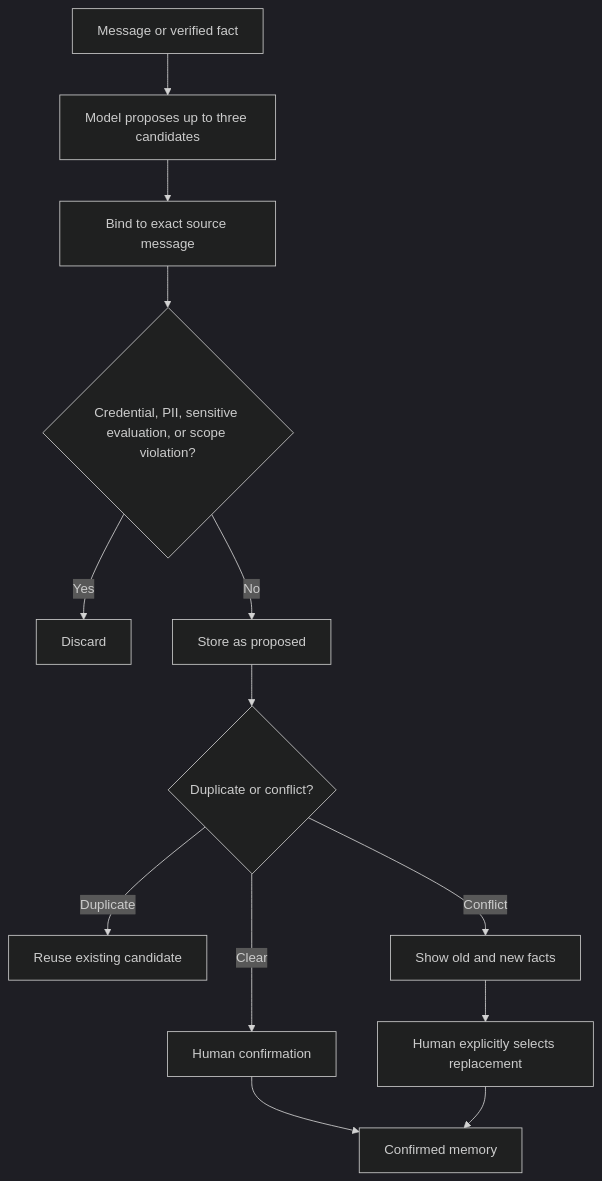
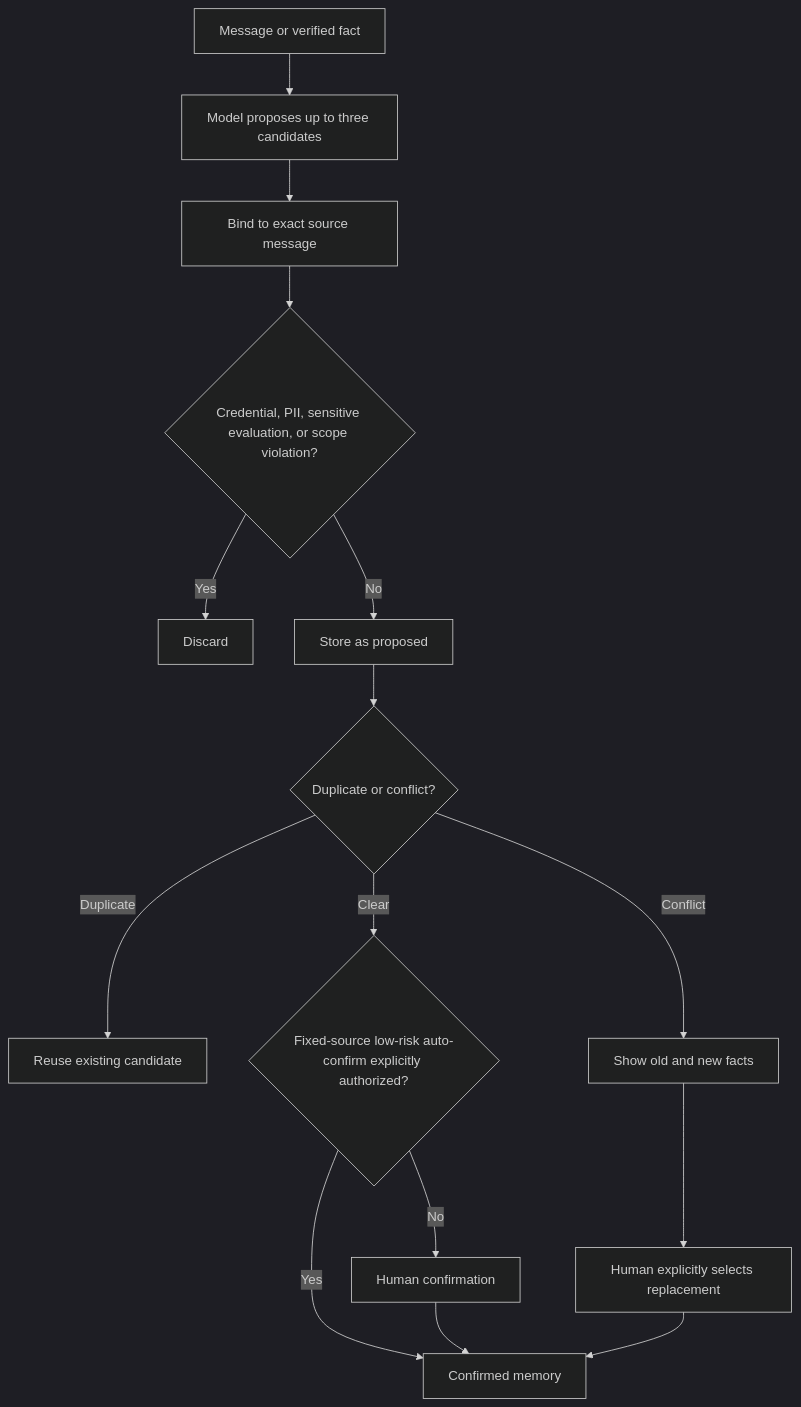
Before and after one commit to ruiwang20010702/ai-employee: the second of 2 diagrams in docs/en/capabilities.md, drawn with Mermaid (dark theme). The commit also changed other lines of this file and 43 other files, not shown here.

````diff
--- a/docs/en/capabilities.md
+++ b/docs/en/capabilities.md
@@ -63,15 +63,17 @@
 ```mermaid
 flowchart TD
     A["Message or verified fact"] --> B["Model proposes up to three candidates"]
     B --> C["Bind to exact source message"]
     C --> D{"Credential, PII, sensitive evaluation, or scope violation?"}
     D -->|"Yes"| E["Discard"]
     D -->|"No"| F["Store as proposed"]
     F --> G{"Duplicate or conflict?"}
     G -->|"Duplicate"| H["Reuse existing candidate"]
     G -->|"Conflict"| I["Show old and new facts"]
-    G -->|"Clear"| J["Human confirmation"]
+    G -->|"Clear"| J{"Fixed-source low-risk auto-confirm explicitly authorized?"}
+    J -->|"No"| M["Human confirmation"]
+    J -->|"Yes"| L["Confirmed memory"]
     I --> K["Human explicitly selects replacement"]
-    J --> L["Confirmed memory"]
+    M --> L
     K --> L
 ```
````
